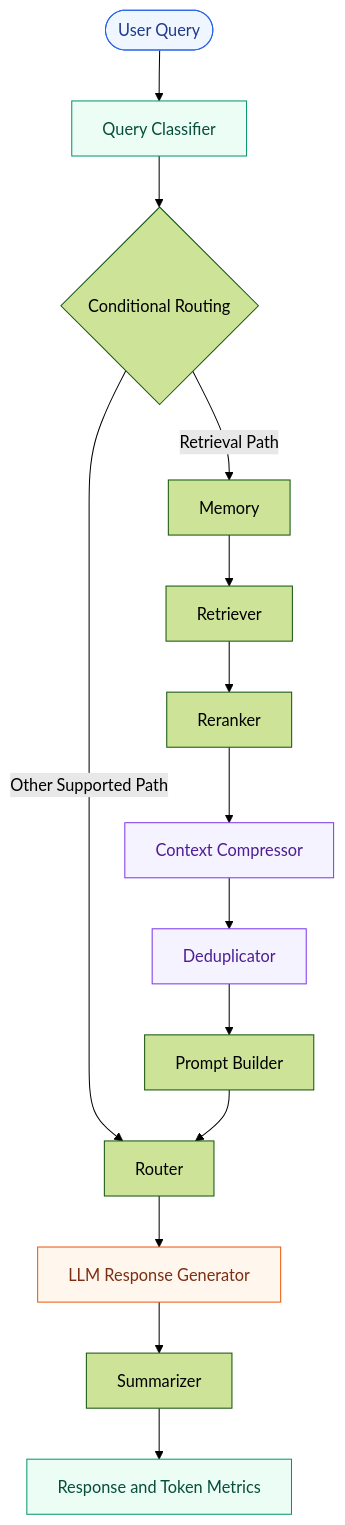
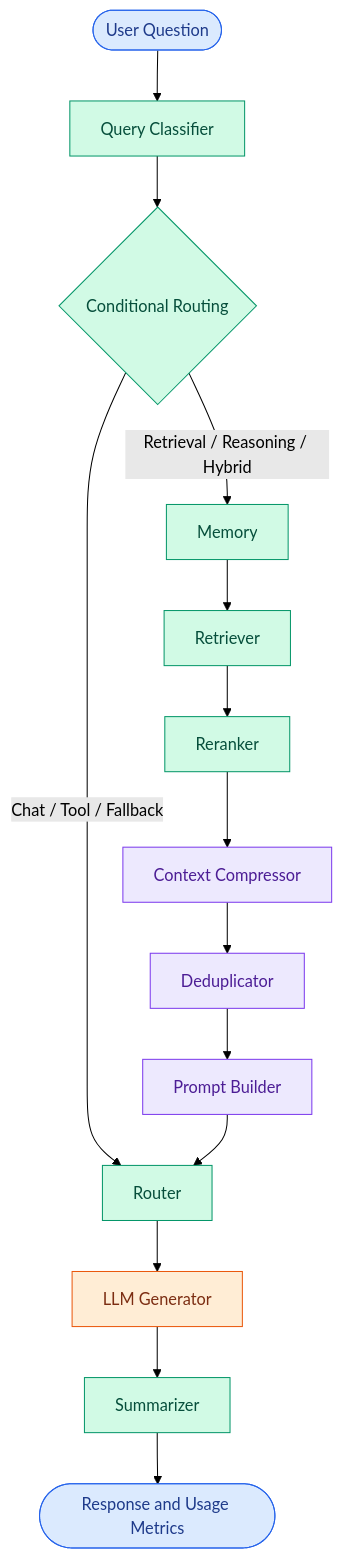
Before and after one commit to maahii-in/token-cost-cutting: the diagram in README.md, drawn with Mermaid (forest theme). The commit also changed other lines of this file, not shown here.

````diff
--- a/README.md
+++ b/README.md
@@ -165,27 +153,30 @@
 ```mermaid
 flowchart TD
-    A([User Query]) --> B[Query Classifier]
+    START([User Question]) --> CLASSIFY[Query Classifier]
 
-    B --> C{Conditional Routing}
+    CLASSIFY --> ROUTE{Conditional Routing}
 
-    C -->|Retrieval Path| D[Memory]
-    C -->|Other Supported Path| H[Router]
+    ROUTE -->|Chat / Tool / Fallback| ROUTER[Router]
+    ROUTE -->|Retrieval / Reasoning / Hybrid| MEMORY[Memory]
 
-    D --> E[Retriever]
-    E --> F[Reranker]
-    F --> G[Context Compressor]
-    G --> I[Deduplicator]
-    I --> J[Prompt Builder]
+    MEMORY --> RETRIEVE[Retriever]
+    RETRIEVE --> RERANK[Reranker]
+    RERANK --> COMPRESS[Context Compressor]
+    COMPRESS --> DEDUP[Deduplicator]
+    DEDUP --> PROMPT[Prompt Builder]
 
-    J --> H
-    H --> K[LLM Response Generator]
-    K --> L[Summarizer]
-    L --> M[Response and Token Metrics]
+    PROMPT --> ROUTER
+    ROUTER --> LLM[LLM Generator]
+    LLM --> SUMMARY[Summarizer]
+    SUMMARY --> FINISH([Response and Usage Metrics])
 
-    style A fill:#EFF6FF,stroke:#2563EB,color:#1E3A8A
-    style B fill:#ECFDF5,stroke:#059669,color:#064E3B
-    style G fill:#F5F3FF,stroke:#7C3AED,color:#4C1D95
-    style I fill:#F5F3FF,stroke:#7C3AED,color:#4C1D95
-    style K fill:#FFF7ED,stroke:#EA580C,color:#7C2D12
-    style M fill:#ECFDF5,stroke:#059669,color:#064E3B
+    classDef entry fill:#DBEAFE,stroke:#2563EB,color:#1E3A8A
+    classDef processing fill:#D1FAE5,stroke:#059669,color:#064E3B
+    classDef optimization fill:#EDE9FE,stroke:#7C3AED,color:#4C1D95
+    classDef generation fill:#FFEDD5,stroke:#EA580C,color:#7C2D12
+
+    class START,FINISH entry
+    class CLASSIFY,ROUTE,MEMORY,RETRIEVE,RERANK,ROUTER,SUMMARY processing
+    class COMPRESS,DEDUP,PROMPT optimization
+    class LLM generation
 ```
````
